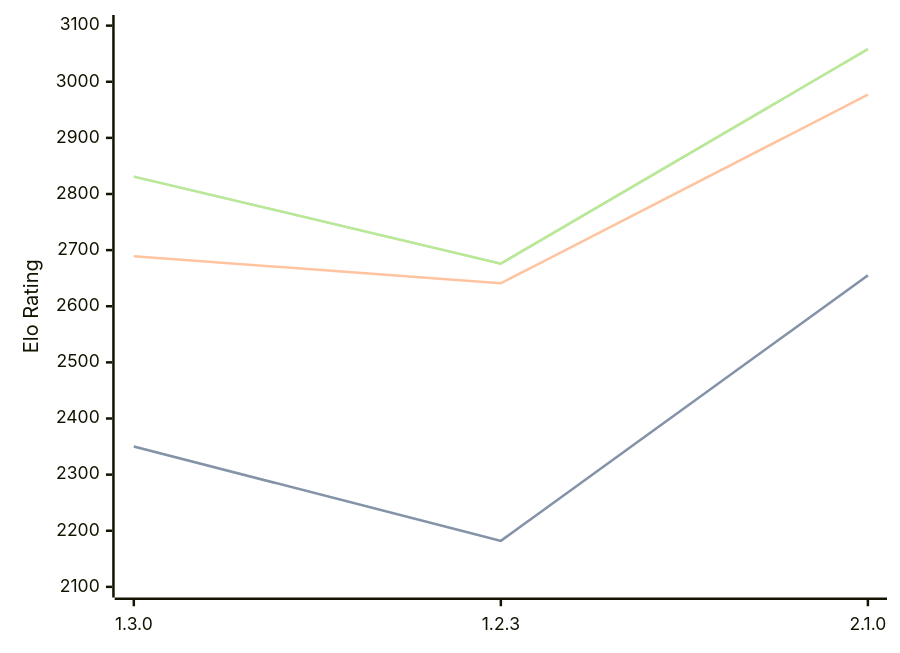
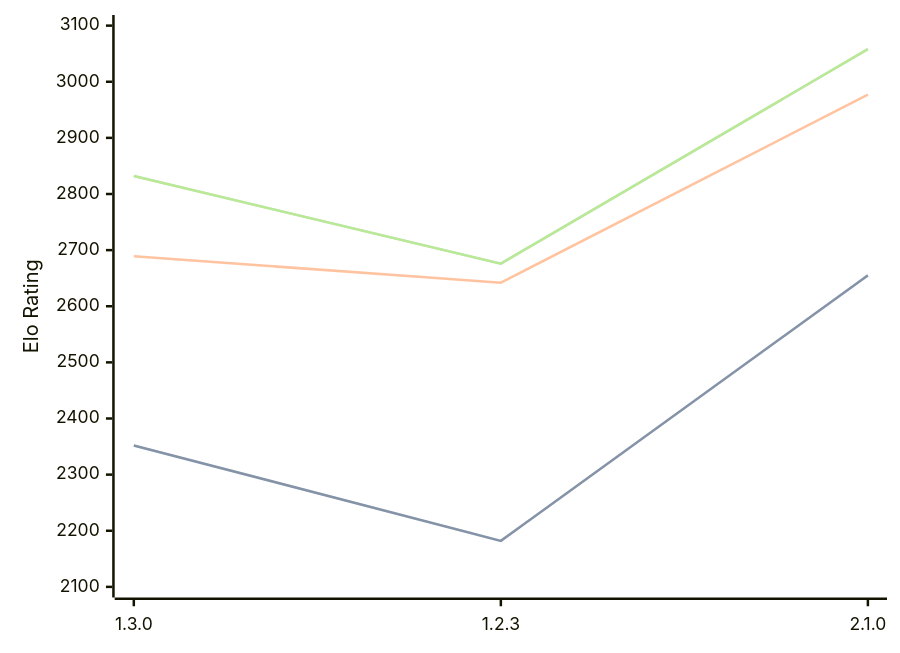
Before and after one commit to computer-chess-index/cci: the first of 3 diagrams in engines/Aspen.md, drawn with Mermaid. The commit also changed other lines of this file, not shown here.

Commit message:
Update CCI Ratings (ELO VLTC) - 2026-06-15

````diff
--- a/engines/Aspen.md
+++ b/engines/Aspen.md
@@ -43,11 +43,11 @@
 ```mermaid
 %%{init: {"theme":"base","themeVariables":{"seriesColors:['#a3a3a3','#222221','#faa371']}}}%%
 xychart-beta
   x-axis ["1.3.0", "1.2.3", "2.1.0"]
   y-axis "Elo Rating" 2100 --> 3100
-  line "STC (8.0+0.08s)" [2350, 2182, 2655]
-  line "STC (8.0+0.08s)" [2350, 2182, 2655]
-  line "LTC (60.0+0.60s)" [2689, 2641, 2977]
-  line "VLTC (2m24s+1.12s)" [2831, 2676, 3058]
-  line "VLTC (2m24s+1.12s)" [2831, 2676, 3058]
+  line "STC (8.0+0.08s)" [2352, 2182, 2655]
+  line "STC (8.0+0.08s)" [2352, 2182, 2655]
+  line "LTC (60.0+0.60s)" [2689, 2642, 2977]
+  line "VLTC (2m24s+1.12s)" [2832, 2676, 3058]
+  line "VLTC (2m24s+1.12s)" [2832, 2676, 3058]
 ```
````
